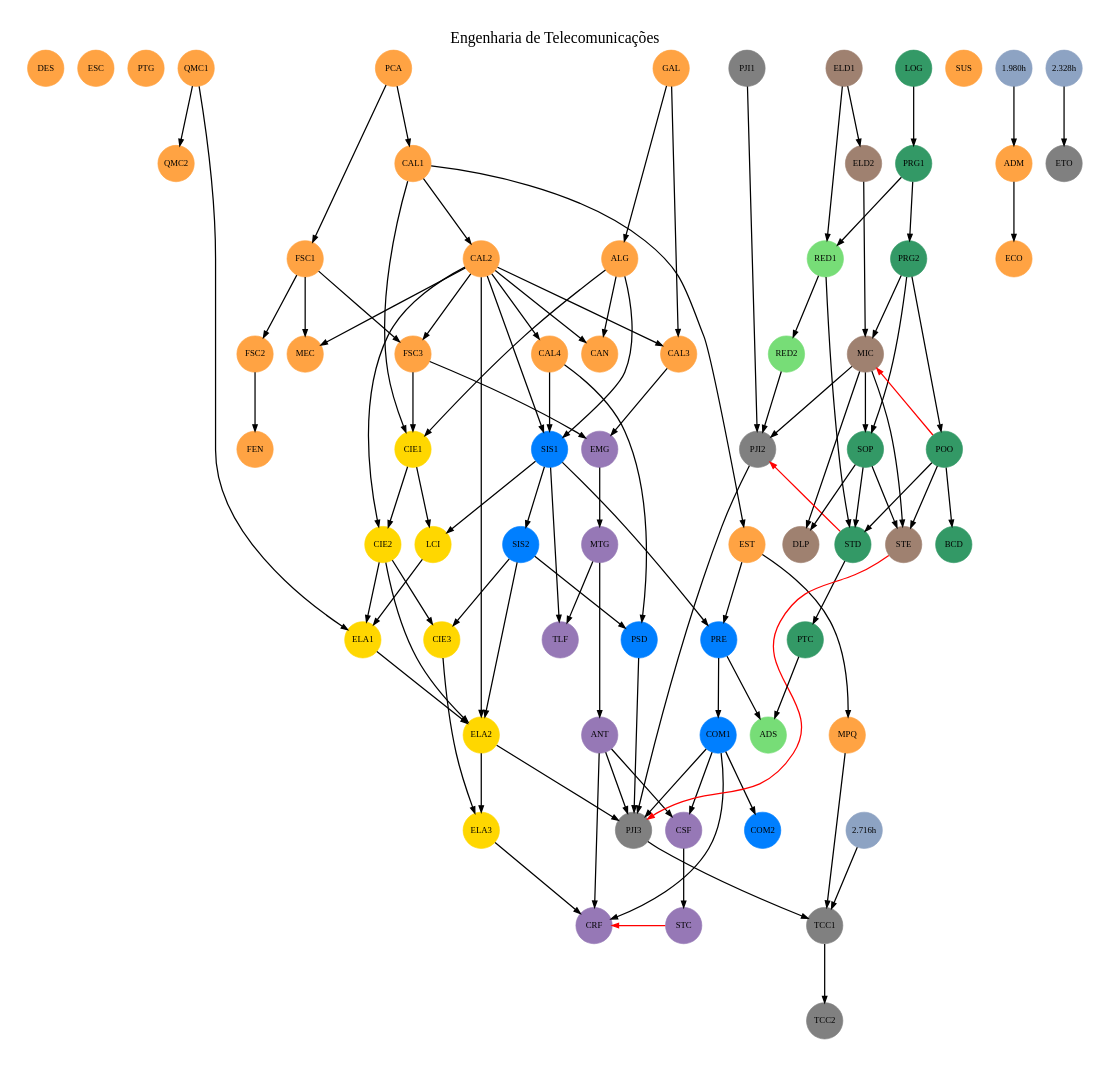
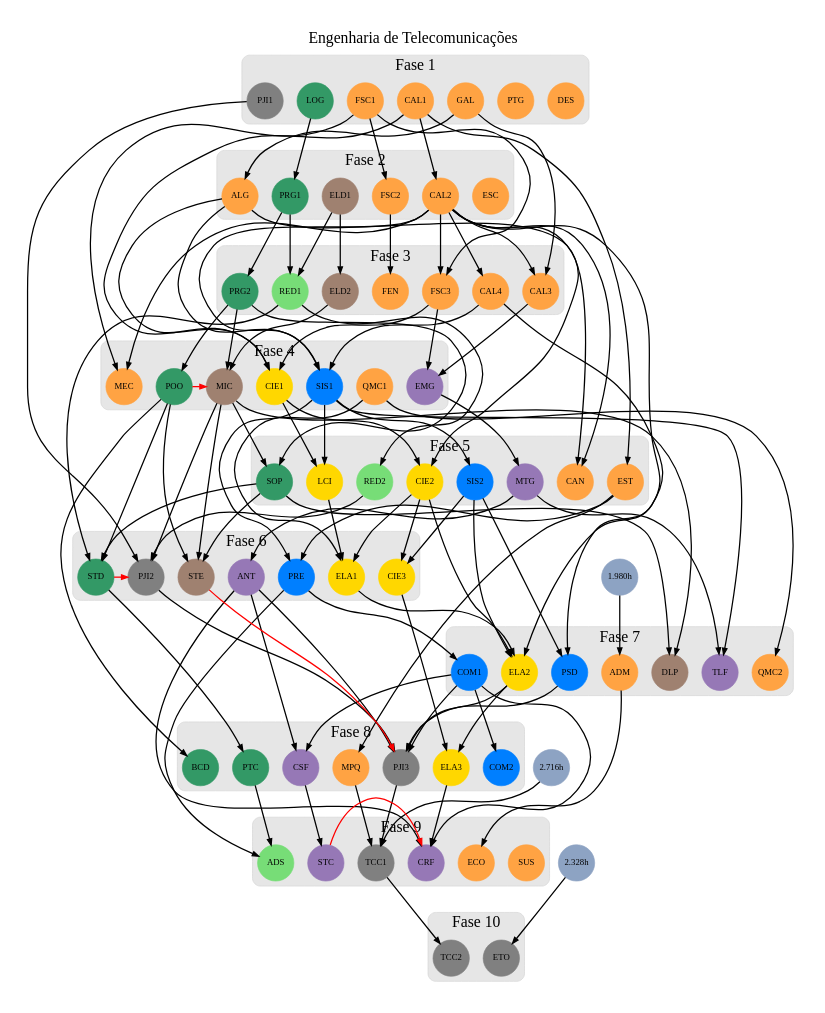
One commit to emersonmello/grade-dot-engtelecom changed the diagram in engtelecom.dot. Above: the diagram before and after it, drawn with Graphviz.

Commit message:
primeira tentativa com PCA-CAL1

```diff
--- a/engtelecom.dot
+++ b/engtelecom.dot
@@ -13,15 +13,15 @@
     
     // deixando as disciplinas sem pré-requisito no mesmo nível do grafo
     // remover esse bloco quando forem colocadas nos subgraph das fases
-    { 
-      rank=same
+    // { 
+    //   rank=same
       // laranja
       {} -> DES
       {} -> ESC
       {} -> PTG
       {} -> QMC1
       {} -> SUS
-      {} -> PCA
+      {} -> CAL1
       {} -> GAL
 
       // cinza
@@ -33,7 +33,7 @@
       // verde escuro
       {} -> LOG
 
-    }
+    // }
 
     // Eixo laranja
 
@@ -46,12 +46,12 @@
     {EST} -> MPQ # TODO verificar se PJI2 e PTG devem ser pré-requisito
     {QMC1} -> QMC2
     {GAL} -> ALG
-    {PCA} -> CAL1 #[constraint=false,color="#FF0000"]
+    // {PCA} -> CAL1 #[constraint=false,color="#FF0000"]
     {CAL1} -> CAL2
     {GAL CAL2} -> CAL3
     {CAL2} -> CAL4
     {ALG CAL2} -> CAN
-    {PCA} -> FSC1
+    // {CAL1} -> FSC1
     {FSC1} -> FSC2
     {FSC1 CAL2} -> FSC3
 
@@ -117,97 +117,104 @@
 
     // Fases
 
-    // subgraph cluster_fase1 {
-    //   label = "Fase 1"
-    //   style="rounded"
-    //   bgcolor= "#e6e6e6" #"#5b6e8b"
-    //   color = lightgrey
+    subgraph cluster_fase1 {
+      label = "Fase 1"
+      style="rounded"
+      bgcolor= "#e6e6e6" #"#5b6e8b"
+      color = lightgrey
 
-    //   LOG PCA PJI1 GAL PTG DES PRG1 QMC1
-    // }
+      CAL1 FSC1 PJI1 GAL LOG DES PTG
+    }
 
-    // subgraph cluster_fase2 {
-    //   label = "Fase 2"
-    //   style="rounded"
-    //   bgcolor="#e6e6e6"
-    //   color = lightgrey
+    subgraph cluster_fase2 {
+      label = "Fase 2"
+      style="rounded"
+      bgcolor="#e6e6e6"
+      color = lightgrey
 
-    //   CAL1 FSC1 ALG ELD1 PRG2 QMC2
-    // }
+      CAL2 ALG PRG1 FSC2 ESC ELD1
+    }
 
-    // subgraph clusterFase3 {
-    //   label = "Fase 3"
-    //   style="rounded"
-    //   bgcolor="#e6e6e6"
-    //   color = lightgrey
+    subgraph clusterFase3 {
+      label = "Fase 3"
+      style="rounded"
+      bgcolor="#e6e6e6"
+      color = lightgrey
 
-    //   CAL2 FSC2 ELD2 POO RED1 ESC
-    // }
+      ELD2 PRG2 CAL4 FSC3 RED1 CAL3 FEN
 
-    // subgraph clusterFase4 {
-    //   label = "Fase 4"
-    //   style="rounded"
-    //   bgcolor="#e6e6e6"
-    //   color=lightgrey
+    }
 
-    //   RED2 MIC CAL3 FSC3 FEN CAN SUS 
+    subgraph clusterFase4 {
+      label = "Fase 4"
+      style="rounded"
+      bgcolor="#e6e6e6"
+      color=lightgrey
+
+      POO EMG MIC SIS1 CIE1 QMC1 MEC
+
     
-    // }
+    }
 
-    // subgraph cluster_fase5 {
-    //   label = "Fase 5"
-    //   style="rounded"
-    //   bgcolor="#e6e6e6"
-    //   color=lightgrey
+    subgraph cluster_fase5 {
+      label = "Fase 5"
+      style="rounded"
+      bgcolor="#e6e6e6"
+      color=lightgrey
 
-    //   CAL4 EMG CIE1 BCD SOP EST MEC
-    // }
+      CIE2 LCI SIS2 MTG EST SOP RED2 CAN
+
+    }
 
 
-    // subgraph cluster_fase6 {
-    //   label = "Fase 6"
-    //   style="rounded"
-    //   bgcolor="#e6e6e6"
-    //   color=lightgrey
+    subgraph cluster_fase6 {
+      label = "Fase 6"
+      style="rounded"
+      bgcolor="#e6e6e6"
+      color=lightgrey
 
-    //   SIS1 CIE2 STD PJI2 MTG STE DLP
-    // }
+      PJI2 STD STE PRE CIE3 ELA1 ANT
 
-    // subgraph cluster_fase7 {
-    //   label = "Fase 7"
-    //   style="rounded"
-    //   bgcolor="#e6e6e6"
-    //   color=lightgrey
+    }
 
-    //  LCI TLF PRE SIS2 PTC MPQ ADM
-    // }
+    subgraph cluster_fase7 {
+      label = "Fase 7"
+      style="rounded"
+      bgcolor="#e6e6e6"
+      color=lightgrey
 
-    // subgraph cluster_fase8 {
-    //   label = "Fase 8"
-    //   style="rounded"
-    //   bgcolor="#e6e6e6"
-    //   color=lightgrey
+      PSD COM1 ELA2 DLP QMC2 ADM TLF
 
-    //   ELA1 CIE3 ADS PSD COM1 ANT ECO
-    // }
+    }
 
-    // subgraph cluster_fase9 {
-    //   label = "Fase 9"
-    //   style="rounded"
-    //   bgcolor="#e6e6e6"
-    //   color=lightgrey
+    subgraph cluster_fase8 {
+      label = "Fase 8"
+      style="rounded"
+      bgcolor="#e6e6e6"
+      color=lightgrey
 
-    //   COM2 ELA2 CSF PJI3 
-    // }
+      PTC BCD MPQ ELA3 CSF COM2 PJI3
 
-    // subgraph cluster_fase10 {
-    //   label = "Fase 10"
-    //   style="rounded"
-    //   bgcolor="#e6e6e6"
-    //   color=lightgrey
+    }
 
-    //   STC ELA3 TCC1
-    // }
+    subgraph cluster_fase9 {
+      label = "Fase 9"
+      style="rounded"
+      bgcolor="#e6e6e6"
+      color=lightgrey
+
+      SUS TCC1 ADS STC CRF ECO
+
+    }
+
+    subgraph cluster_fase10 {
+      label = "Fase 10"
+      style="rounded"
+      bgcolor="#e6e6e6"
+      color=lightgrey
+
+      TCC2 ETO
+    }
 
     // subgraph cluster_fase11 {
     //   label = "Fase 11"
@@ -233,7 +240,7 @@
 
     ADM [ch=40, color="#FFA343", id=ADM] # TODO pré-requisito 1980h
     ALG [ch=60, color="#FFA343", id=ALG]
-    CAL1 [ch=80, color="#FFA343", id=CAL1]
+    CAL1 [ch=120, color="#FFA343", id=CAL1]
     CAL2 [ch=80, color="#FFA343", id=CAL2]
     CAL3 [ch=80, color="#FFA343", id=CAL3]
     CAL4 [ch=40, color="#FFA343", id=CAL4]
@@ -249,7 +256,7 @@
     GAL [ch=60, color="#FFA343", id=GAL]
     MEC [ch=40, color="#FFA343", id=MEC]
     MPQ [ch=40, color="#FFA343", id=MPQ]
-    PCA [ch=40, color="#FFA343", id=PCA]
+    // PCA [ch=40, color="#FFA343", id=PCA]
     PTG [ch=40, color="#FFA343", id=PTG] # TODO pré-requisito 1980h
     QMC1 [ch=60, color="#FFA343", id=QMC1]
     QMC2 [ch=40, color="#FFA343", id=QMC2]
```
